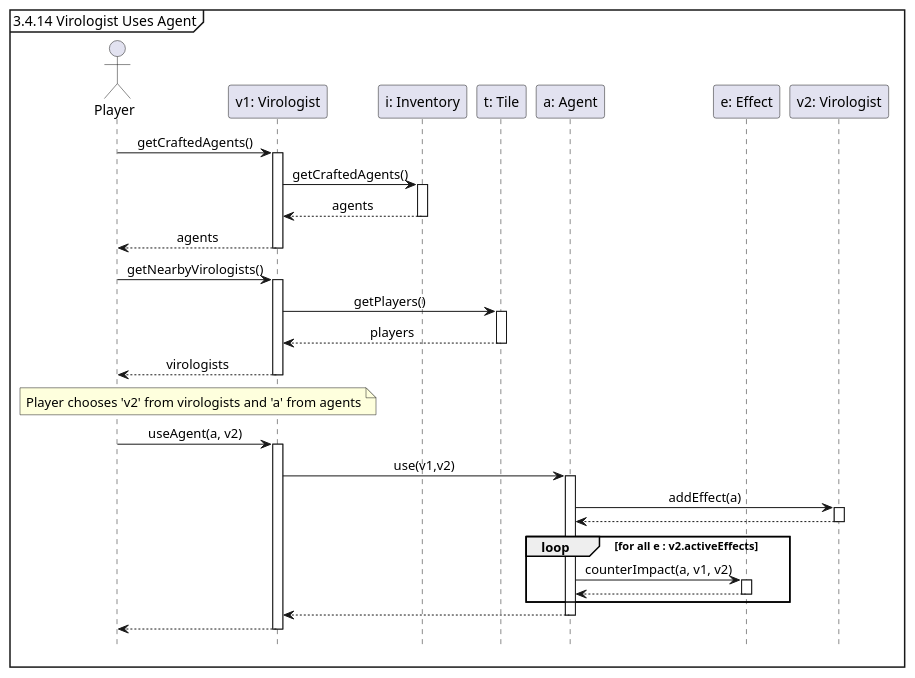
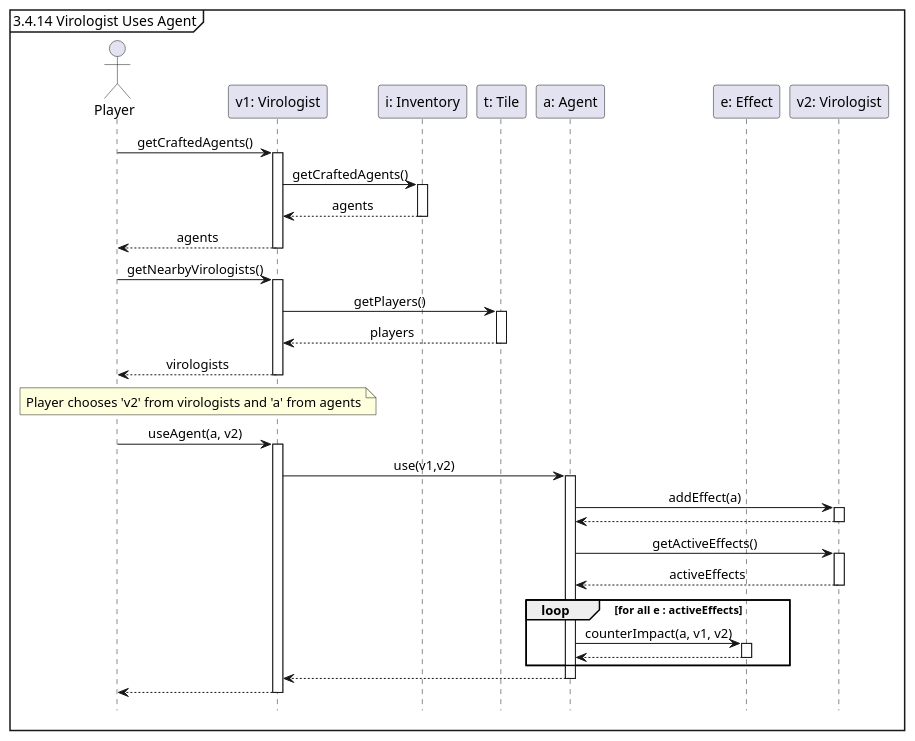
One commit to Tschonti/503-service-unavailable changed the diagram in docs/seqDiagrams/12_1virologistUsesAgent.puml. Above: the diagram before and after it, drawn with PlantUML. The commit also changed 4 other files, not shown here.

```diff
--- a/docs/seqDiagrams/12_1virologistUsesAgent.puml
+++ b/docs/seqDiagrams/12_1virologistUsesAgent.puml
@@ -1,40 +1,42 @@
 @startuml
 'https://plantuml.com/sequence-diagram
 
 hide footbox
 skinparam sequenceMessageAlign center
 
 mainframe 3.4.14 Virologist Uses Agent
 
 actor Player as p
 participant "v1: Virologist" as v1
 participant "i: Inventory" as i
 participant "t: Tile" as t
 participant "a: Agent" as a
 participant "e: Effect" as e
 participant "v2: Virologist" as v2
 
 p -> v1 ++ : getCraftedAgents()
     v1-> i ++ : getCraftedAgents()
     return agents
 return agents
 
 p -> v1 ++ : getNearbyVirologists()
     v1-> t ++ : getPlayers()
     return players
 return virologists
 
 note over p, v1 : Player chooses 'v2' from virologists and 'a' from agents
 p -> v1 ++: useAgent(a, v2)
     v1 -> a ++: use(v1,v2)
         a -> v2 ++: addEffect(a)
         return
-        loop for all e : v2.activeEffects
+        a -> v2 ++: getActiveEffects()
+        return activeEffects
+        loop for all e : activeEffects
             a -> e ++: counterImpact(a, v1, v2)
             return
         end
     return
 return
 
 
 @enduml
```
